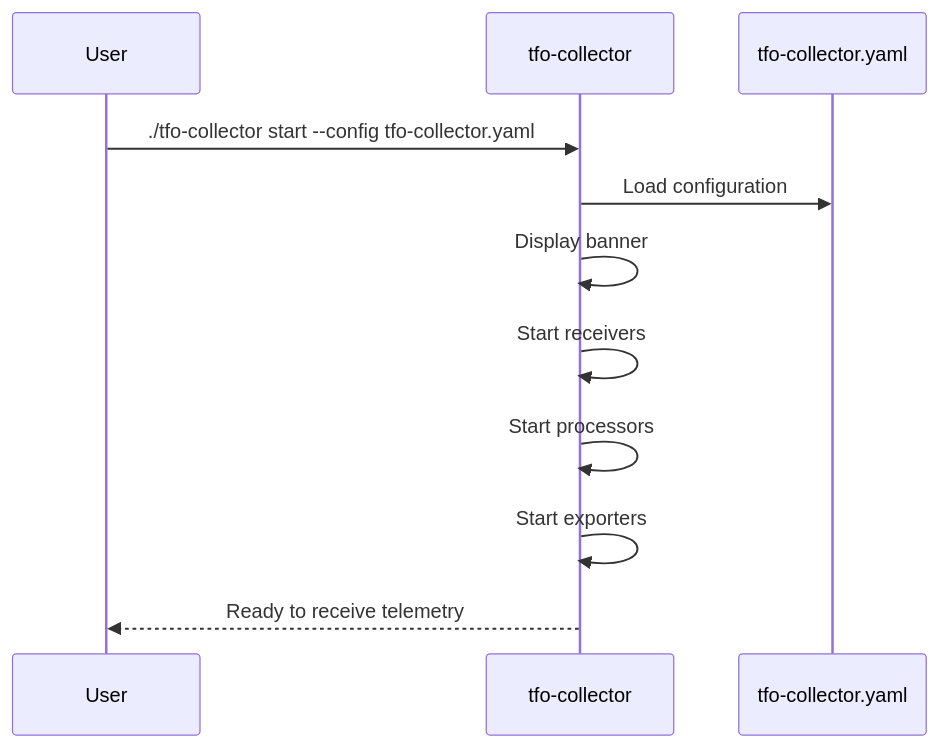
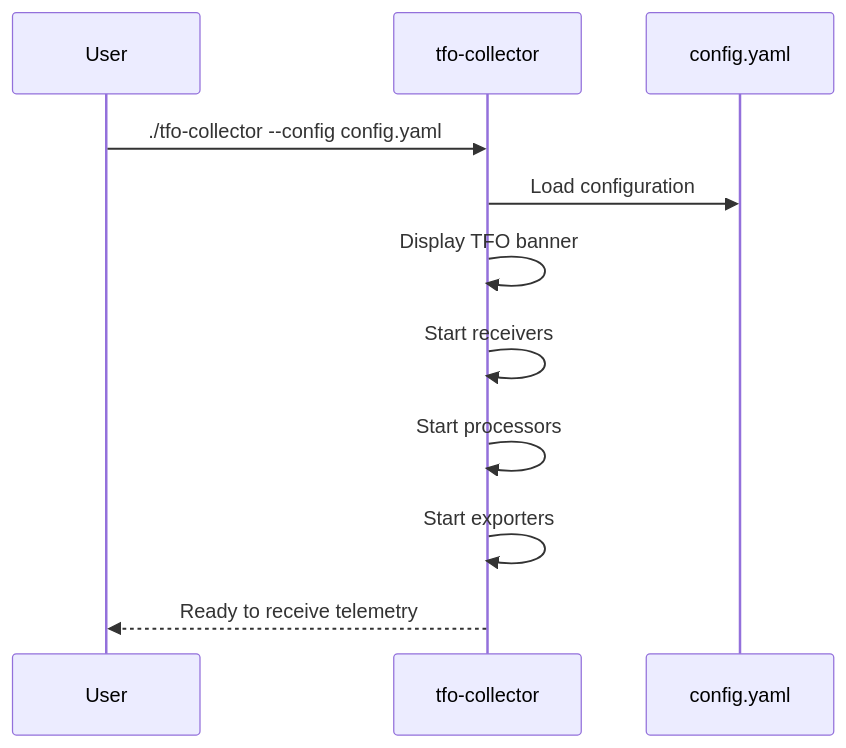
The second of 3 diagrams in docs/INSTALLATION.md (telemetryflow/telemetryflow-collector), drawn with Mermaid before and after one commit. The commit also changed other lines of this file and 126 other files, not shown here.

Commit message:
Enhance TFO Collector (Native OCB) v1.1.2 integration & Rebuild Pipeline

````diff
--- a/docs/INSTALLATION.md
+++ b/docs/INSTALLATION.md
@@ -148,14 +74,14 @@
 ```mermaid
 sequenceDiagram
     participant User
     participant Binary as tfo-collector
-    participant Config as tfo-collector.yaml
+    participant Config as config.yaml
 
-    User->>Binary: ./tfo-collector start --config tfo-collector.yaml
+    User->>Binary: ./tfo-collector --config config.yaml
     Binary->>Config: Load configuration
-    Binary->>Binary: Display banner
+    Binary->>Binary: Display TFO banner
     Binary->>Binary: Start receivers
     Binary->>Binary: Start processors
     Binary->>Binary: Start exporters
     Binary-->>User: Ready to receive telemetry
 ```
````
